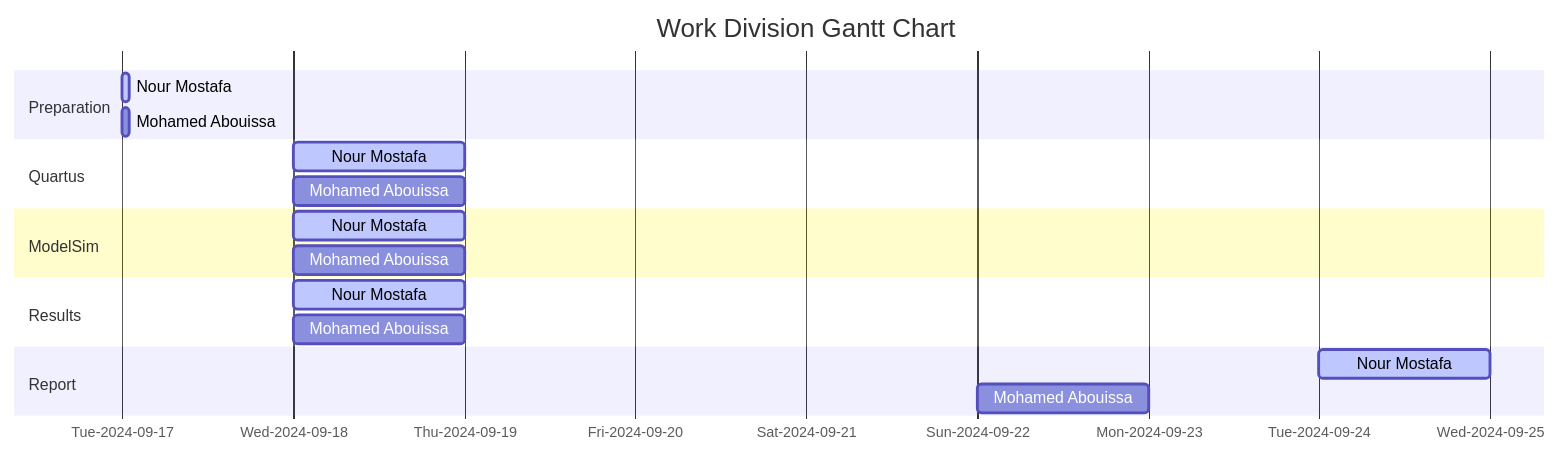
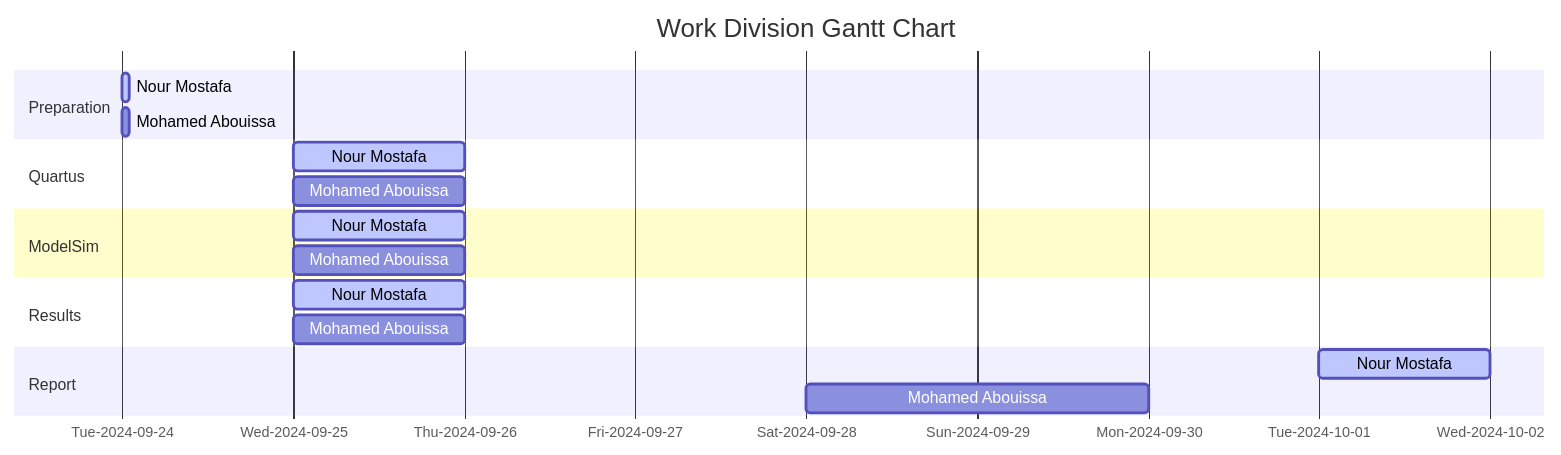
Before and after one commit to MONO-1223/AURAK-CENG336-ComputerArchitectureLab: the diagram in Lab 03 - Latches, Flip-flops, and Registers/README.md, drawn with Mermaid.

Commit message:
resources left

````diff
--- a/Lab 03 - Latches, Flip-flops, and Registers/README.md
+++ b/Lab 03 - Latches, Flip-flops, and Registers/README.md
@@ -409,22 +409,22 @@
 ```mermaid
 gantt
     title Work Division Gantt Chart
     tickInterval 1day
     todayMarker off
     axisFormat %a-%Y-%m-%d
     section Preparation         
-        Nour Mostafa : active, 2024-09-17 00:00, 01h
-        Mohamed Abouissa : 2024-09-17 00:00, 01h
+        Nour Mostafa : active, 2024-09-24 00:00, 01h
+        Mohamed Abouissa : 2024-09-24 00:00, 01h
     section Quartus         
-        Nour Mostafa : active, 2024-09-18 00:00, 1d
-        Mohamed Abouissa : 2024-09-18 00:00, 1d
+        Nour Mostafa : active, 2024-09-25 00:00, 1d
+        Mohamed Abouissa : 2024-09-25 00:00, 1d
     section ModelSim       
-        Nour Mostafa : active,2024-09-18 00:00, 1d
-        Mohamed Abouissa : 2024-09-18 00:00, 1d
+        Nour Mostafa : active,2024-09-25 00:00, 1d
+        Mohamed Abouissa : 2024-09-25 00:00, 1d
     section Results       
-        Nour Mostafa : active,2024-09-18 00:00, 1d
-        Mohamed Abouissa : 2024-09-18 00:00, 1d
+        Nour Mostafa : active,2024-09-25 00:00, 1d
+        Mohamed Abouissa : 2024-09-25 00:00, 1d
     section Report
-        Nour Mostafa : active,2024-09-24 00:00, 1d
-        Mohamed Abouissa : 2024-09-22 00:00, 1d
+        Nour Mostafa : active,2024-10-01 00:00, 1d
+        Mohamed Abouissa : 2024-09-28 00:00, 2d
 ```
````
